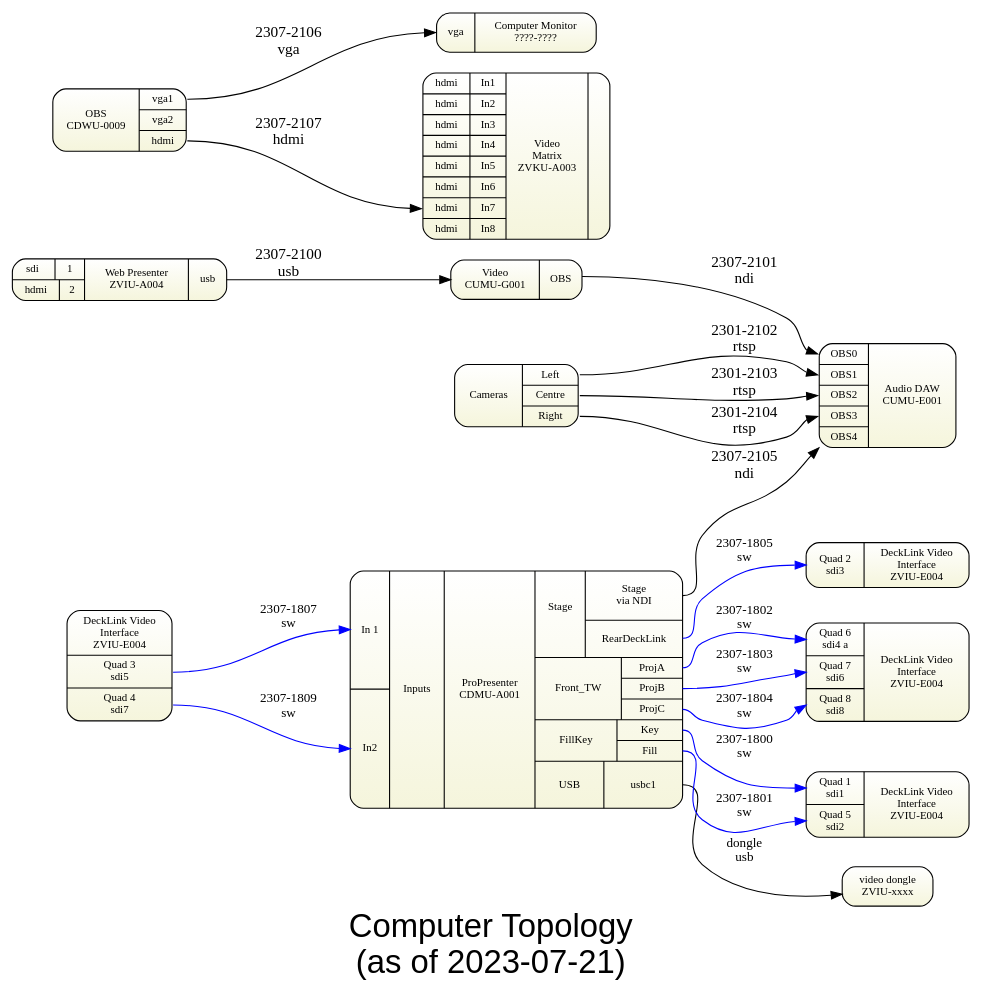
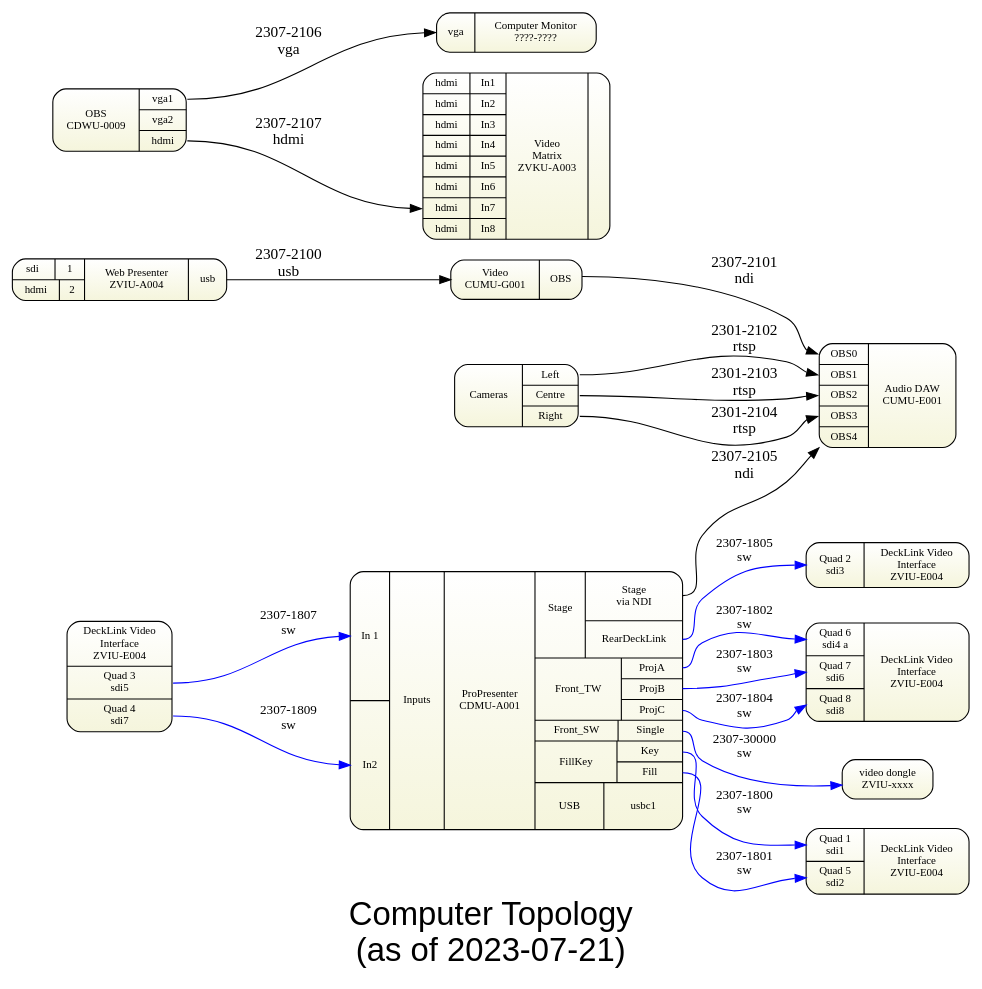
Before and after one commit to avmaint/uactechdoc: the diagram in sdv-topology1-computer.gv, drawn with Graphviz. The commit also changed 1 other file, not shown here.

```diff
--- a/sdv-topology1-computer.gv
+++ b/sdv-topology1-computer.gv
@@ -1,121 +1,123 @@
 digraph topology1 { 
 graph [overlap = true, fontsize = 30, rankdir=LR 
       label="Computer Topology\n(as of 2023-07-21)",
       fontname = Helvetica]
 
 node [shape=Mrecord, tooltip="" , fontsize = 10, 
       fillcolor="white:beige" , style=filled  
       gradientangle=270]
       
 cumug001 [label="{{Video\nCUMU-G001}| OBS} "]
 cumue001 [label="{{<obs0>OBS0|<obs1>OBS1|<obs2>OBS2|<obs3>OBS3|<obs4>OBS4}|Audio DAW\nCUMU-E001}"]
 
 cameras [label=" {{Cameras}| {<l>Left|<c>Centre|<r>Right}} "]
 
 zviua004 -> cumug001:usbin [label="2307-2100\nusb"]
 
 cumug001  -> cumue001:obs0 [label="2307-2101\nndi"] 
 cameras:l -> cumue001:obs1 [label="2301-2102\nrtsp"]
 cameras:c -> cumue001:obs2 [label="2301-2103\nrtsp"]
 cameras:r -> cumue001:obs3 [label="2301-2104\nrtsp"]
 cdmua001:sdndi -> cumue001:obs [label="2307-2105\nndi"  ]
 
 cdmua001  [ label="
 {  
     { <in1> In 1  | <in2> In2 }  | Inputs   
 | {ProPresenter\nCDMU-A001}   
 | {
   { \n\nStage\n\n\n\n | { <sdndi> Stage\nvia NDI |  <sd> RearDeckLink  } } 
 
  | {  Front_TW | { <pa> ProjA  | <pb> ProjB | <pc> ProjC }   } 	
+| { Front_SW | { <hdmi> Single }   }
  
 | { FillKey | { <k> Key  | <f> Fill }   }
  
 | { \nUSB\n\n |  {<usbc1>usbc1  } }
 }}}"]; 
 
-cdmua001:usbc1 -> adapter [label="dongle\nusb" fontsize=12]
 adapter [label="video dongle\nZVIU-xxxx"]
 
 zviue004tw [  label="
 {{   
   <c4> Quad 6\nsdi4 a
 | <c6> Quad 7\nsdi6
 | <c8> Quad 8\nsdi8 
   
 }
 | DeckLink Video\nInterface\nZVIU-E004 
  }
 "];   
 
 zviue004in [  label="
  DeckLink Video\nInterface\nZVIU-E004 | 
 {{ 
   <c5> Quad 3\nsdi5
 | <c7> Quad 4\nsdi7
 }} 
 "]; 
 
  zviue004kf [   label="
  DeckLink Video\nInterface\nZVIU-E004 | 
 {{ 
   <c1> Quad 1\nsdi1 
 | <c2> Quad 5\nsdi2
 }} 
 "];   
 
 zviue004sd [  label="
 {
 {  
   <c3> Quad 2\nsdi3 
 } 
 |  DeckLink Video\nInterface\nZVIU-E004}  
 "]; 
       
 zvkua003 [label="{
   {{<i1>hdmi|In1}|{<i2>hdmi|In2}|{<i3>hdmi|In3}|{<i4>hdmi|In4}|{<i5>hdmi|In5}|{<i6>hdmi|In6}|{<i7>hdmi|In7}|{<i8>hdmi|In8}}
   |{Video\nMatrix\nZVKU-A003}|
   {  } }"]
     
 cdwu0009 [label="{{OBS\nCDWU-0009}|{<vga1>vga1|<vga2>vga2|<hdmi>hdmi}}"]
 
 zviue004in [  label="
  DeckLink Video\nInterface\nZVIU-E004 | 
 {{ 
   <c5> Quad 3\nsdi5
 | <c7> Quad 4\nsdi7
 }} 
 "];  
 
 zviue004kf [  label="
 { 
 {  
   <c1> Quad 1\nsdi1 
 | <c2> Quad 5\nsdi2
 } 
 | DeckLink Video\nInterface\nZVIU-E004 
 }"];   
 
 zviua004 [label="{{ {<i1>sdi&nbsp; |1 }|{<i2>hdmi|2} }|{Web Presenter \n ZVIU-A004}|{<usb>usb}}"]
 
 cdwu0009:vga1  -> b1monitor:i [label="2307-2106\nvga"]
 
 b1monitor [label="{<i>vga|Computer Monitor\n
 	????-????
 }"] 
 
 cdwu0009:hdmi  -> zvkua003:i7 [label="2307-2107\nhdmi"]
 
 subgraph sw_edges { 
 	edge [style="solid", color="blue" fontsize="12pt"]
 cdmua001:k  -> zviue004kf:c1   [label="2307-1800\nsw" ]
 cdmua001:f  -> zviue004kf:c2   [label="2307-1801\nsw" ]
 cdmua001:pa -> zviue004tw:c4   [label="2307-1802\nsw" ]
 cdmua001:pb -> zviue004tw:c6   [label="2307-1803\nsw" ]
 cdmua001:pc -> zviue004tw:c8   [label="2307-1804\nsw" ]
 cdmua001:sd -> zviue004sd:c3   [label="2307-1805\nsw" ]
 zviue004in:c5  -> cdmua001 :in1 [label="2307-1807\nsw" ]
 zviue004in:c7  -> cdmua001 :in2 [label="2307-1809\nsw" ]
+cdmua001:hdmi -> adapter        [label="2307-30000\nsw" ]
+
 }
 
 } 
```
